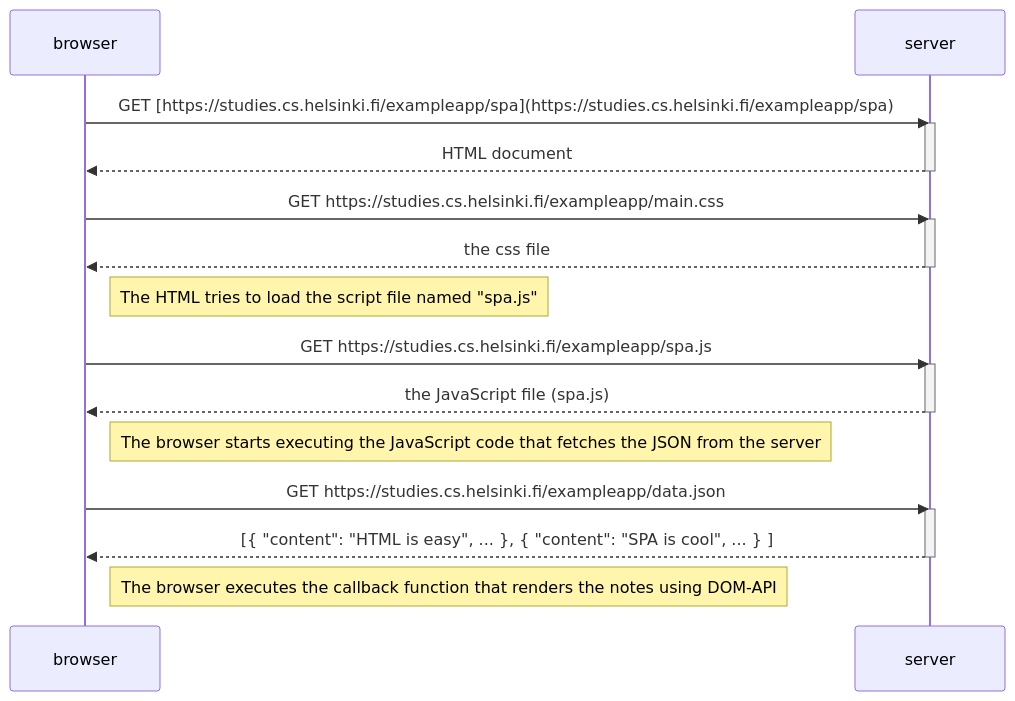
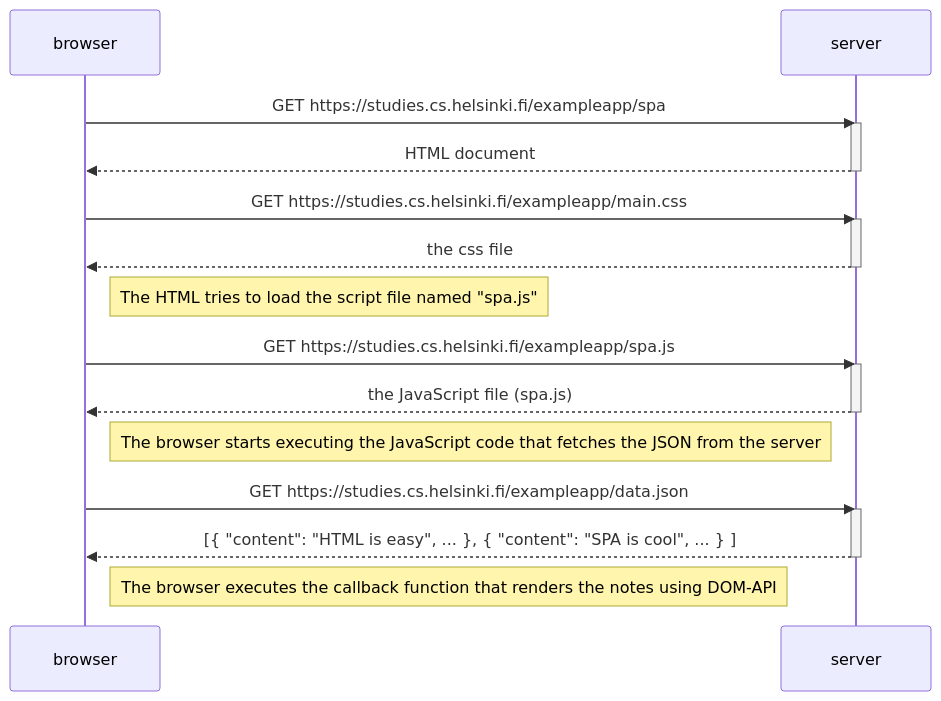
One commit to im-serhii/fullstackopen changed the diagram in part 0/task 0.5/task.md. Above: the diagram before and after it, drawn with Mermaid.

Commit message:
fix: 0.5: Single page app diagram

````diff
--- a/part 0/task 0.5/task.md
+++ b/part 0/task 0.5/task.md
@@ -1,31 +1,31 @@
 ```mermaid
 sequenceDiagram
     participant browser
     participant server
 
-    browser->>server: GET [https://studies.cs.helsinki.fi/exampleapp/spa](https://studies.cs.helsinki.fi/exampleapp/spa)
+    browser->>server: GET https://studies.cs.helsinki.fi/exampleapp/spa
     activate server
     server-->>browser: HTML document
     deactivate server
 
     browser->>server: GET https://studies.cs.helsinki.fi/exampleapp/main.css
     activate server
     server-->>browser: the css file
     deactivate server
 
     Note right of browser: The HTML tries to load the script file named "spa.js"
 
     browser->>server: GET https://studies.cs.helsinki.fi/exampleapp/spa.js
     activate server
     server-->>browser: the JavaScript file (spa.js)
     deactivate server
 
     Note right of browser: The browser starts executing the JavaScript code that fetches the JSON from the server
 
     browser->>server: GET https://studies.cs.helsinki.fi/exampleapp/data.json
     activate server
     server-->>browser: [{ "content": "HTML is easy", ... }, { "content": "SPA is cool", ... } ]
     deactivate server
 
     Note right of browser: The browser executes the callback function that renders the notes using DOM-API
 ```
````
